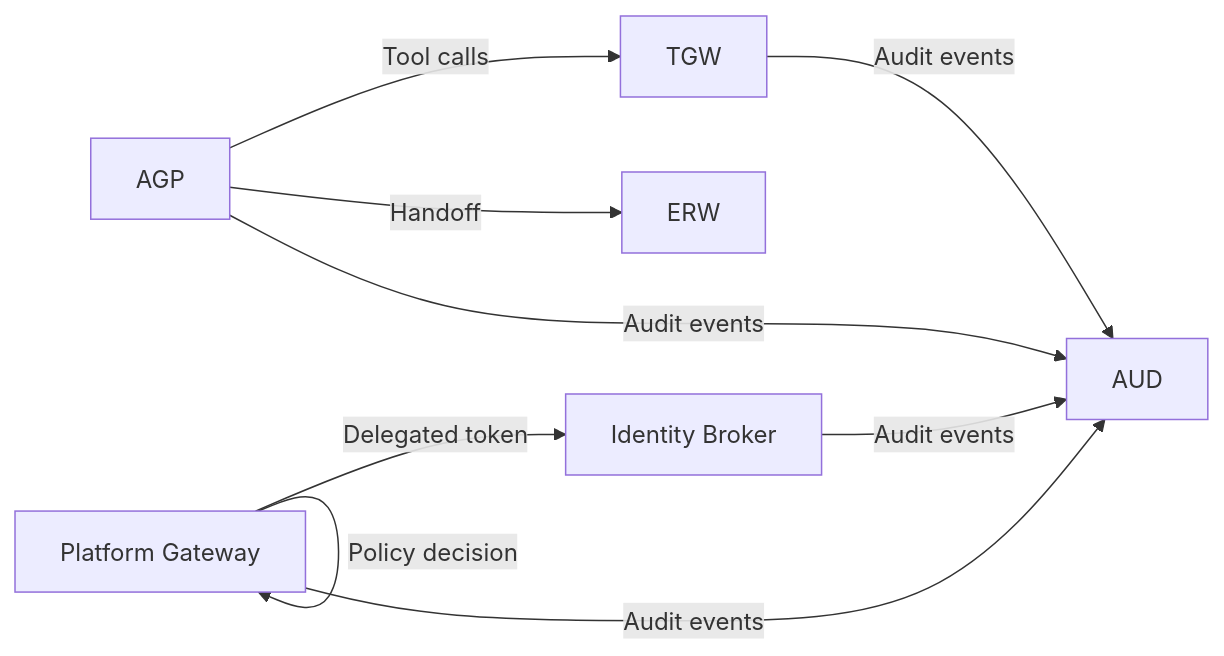
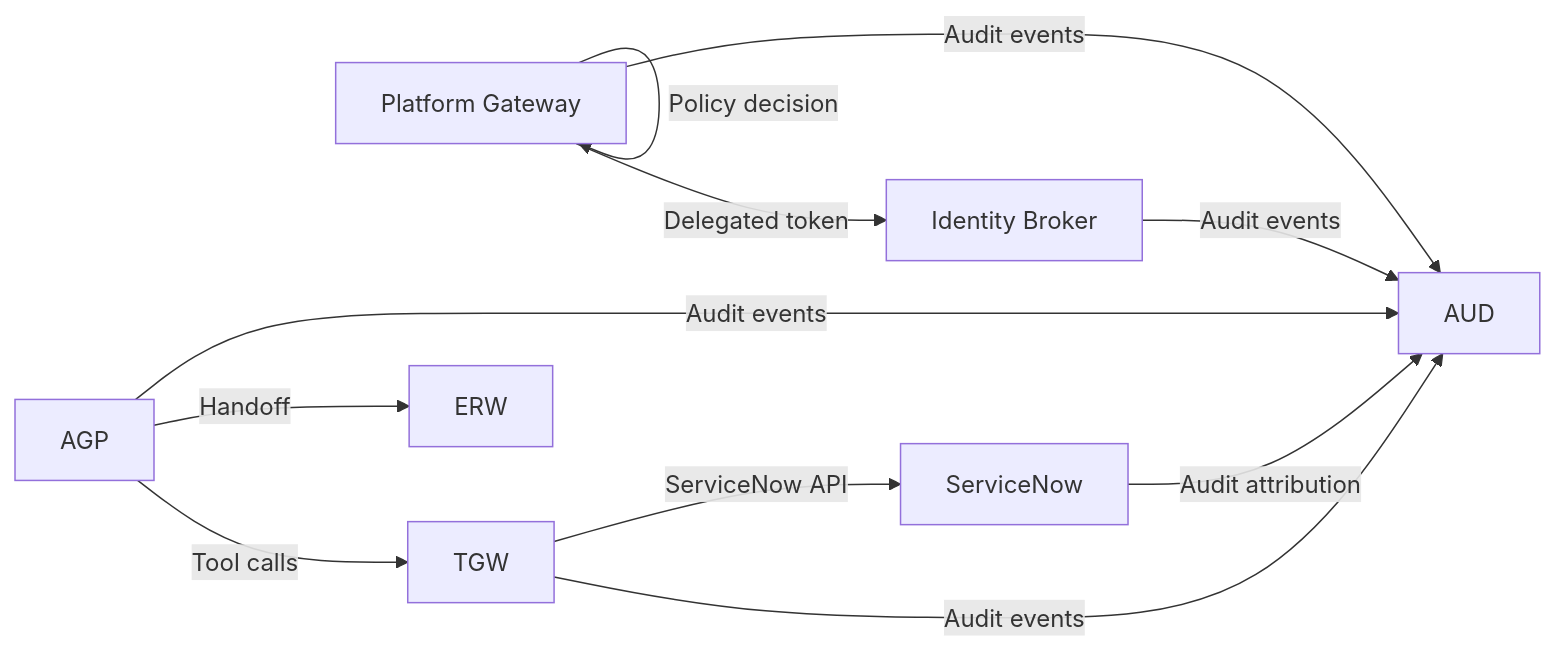
Before and after one commit to metasync/luban-aiops: the third of 3 diagrams in .qoder/repowiki/en/content/Troubleshooting and FAQ.md, drawn with Mermaid. The commit also changed other lines of this file and 7 other files, not shown here.

Commit message:
docs: index the ServiceNow live-integration guide in the repowiki cache

````diff
--- a/.qoder/repowiki/en/content/Troubleshooting and FAQ.md
+++ b/.qoder/repowiki/en/content/Troubleshooting and FAQ.md
@@ -292,11 +408,13 @@
 ```mermaid
 graph LR
 PGW["Platform Gateway"] -- "Delegated token" --> IDB["Identity Broker"]
 PGW -- "Policy decision" --> PGW
 AGP -- "Tool calls" --> TGW
 AGP -- "Handoff" --> ERW
 PGW -- "Audit events" --> AUD
 AGP -- "Audit events" --> AUD
 TGW -- "Audit events" --> AUD
 IDB -- "Audit events" --> AUD
+TGW -- "ServiceNow API" --> SNOW["ServiceNow"]
+SNOW -- "Audit attribution" --> AUD
 ```
````
